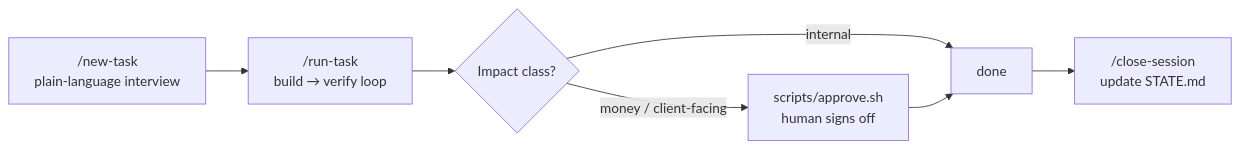
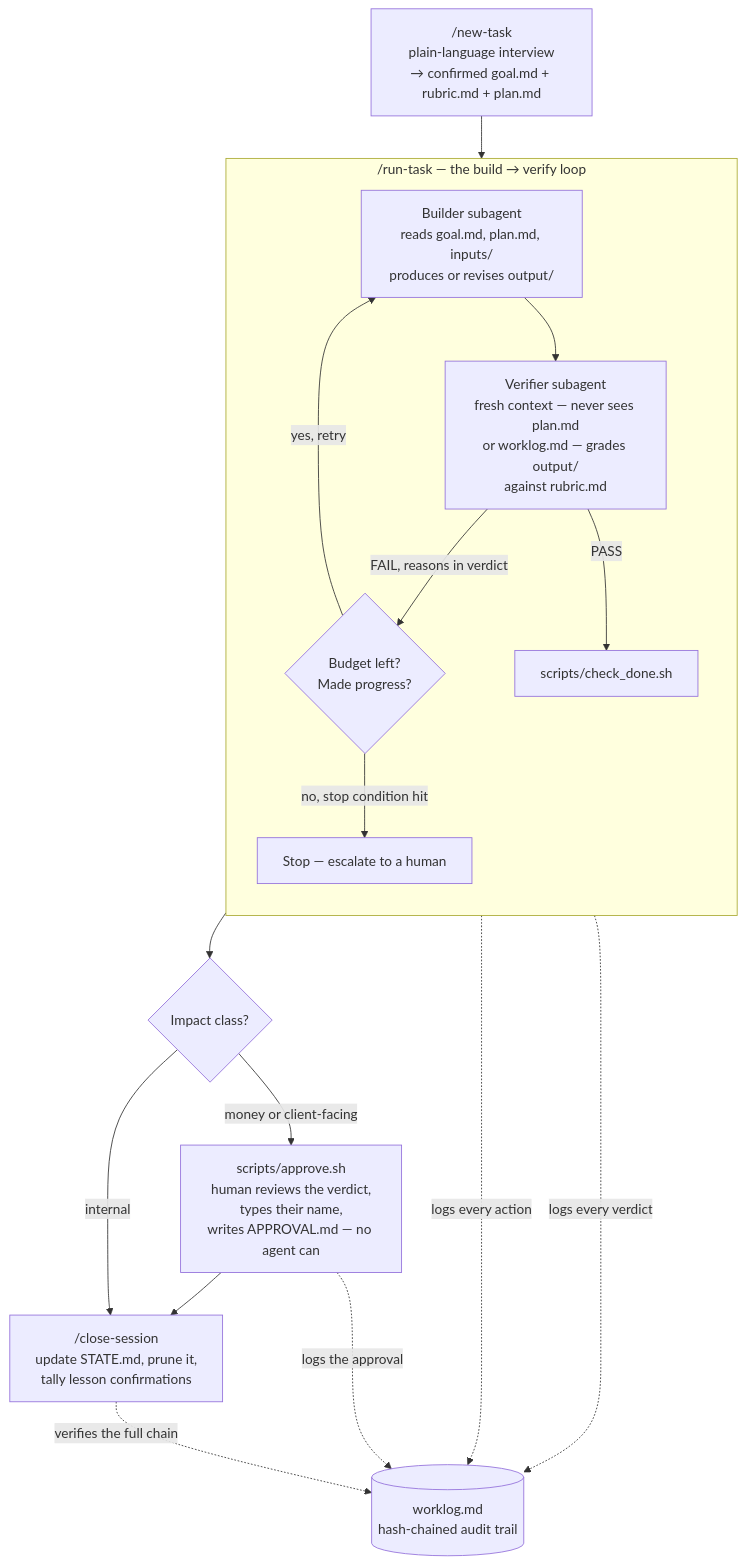
One commit to amtamaddon/intake changed the diagram in README.md. Above: the diagram before and after it, drawn with Mermaid. The commit also changed other lines of this file, not shown here.

Commit message:
Expand README flowchart: show the build-verify subloop and the audit log
The prior diagram collapsed /run-task into one box and never showed the
worklog. Now shows builder->verifier->retry/escalate explicitly, and the
hash-chained worklog as a node every step logs to.

````diff
--- a/README.md
+++ b/README.md
@@ -19,13 +19,26 @@
 ```mermaid
-flowchart LR
-    A["/new-task
-    plain-language interview"] --> B["/run-task
-    build → verify loop"]
-    B --> C{Impact class?}
-    C -->|internal| E["done"]
-    C -->|money / client-facing| D["scripts/approve.sh
-    human signs off"]
-    D --> E
-    E --> F["/close-session
-    update STATE.md"]
+flowchart TB
+    NT["/new-task<br/>plain-language interview<br/>→ confirmed goal.md + rubric.md + plan.md"] --> RT
+
+    subgraph RT["/run-task — the build → verify loop"]
+        direction TB
+        BLD["Builder subagent<br/>reads goal.md, plan.md, inputs/<br/>produces or revises output/"]
+        VER["Verifier subagent<br/>fresh context — never sees plan.md<br/>or worklog.md — grades output/<br/>against rubric.md"]
+        BLD --> VER
+        VER -->|FAIL, reasons in verdict| CHK{Budget left?<br/>Made progress?}
+        CHK -->|yes, retry| BLD
+        CHK -->|no, stop condition hit| ESC[Stop — escalate to a human]
+        VER -->|PASS| DONECHECK[scripts/check_done.sh]
+    end
+
+    DONECHECK --> GATE{Impact class?}
+    GATE -->|internal| CLOSE
+    GATE -->|money or client-facing| APR["scripts/approve.sh<br/>human reviews the verdict,<br/>types their name,<br/>writes APPROVAL.md — no agent can"]
+    APR --> CLOSE["/close-session<br/>update STATE.md, prune it,<br/>tally lesson confirmations"]
+
+    LOG[("worklog.md<br/>hash-chained audit trail")]
+    BLD -.logs every action.-> LOG
+    VER -.logs every verdict.-> LOG
+    APR -.logs the approval.-> LOG
+    CLOSE -.verifies the full chain.-> LOG
 ```
````
